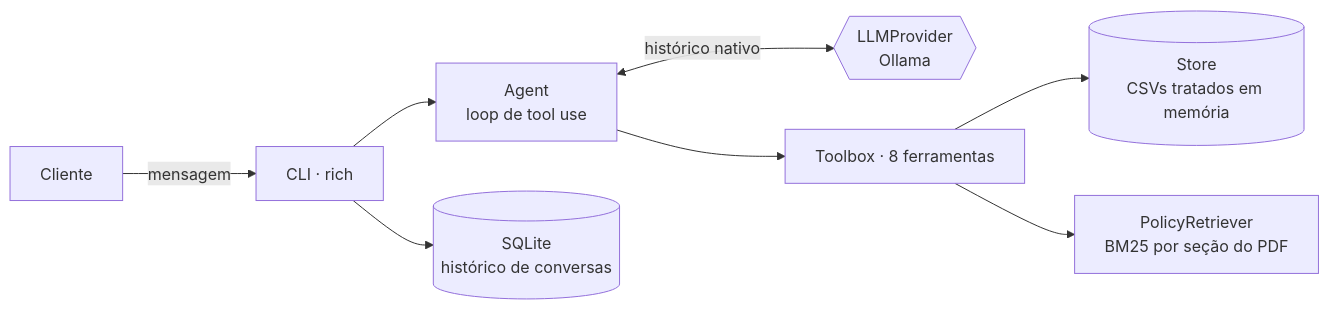
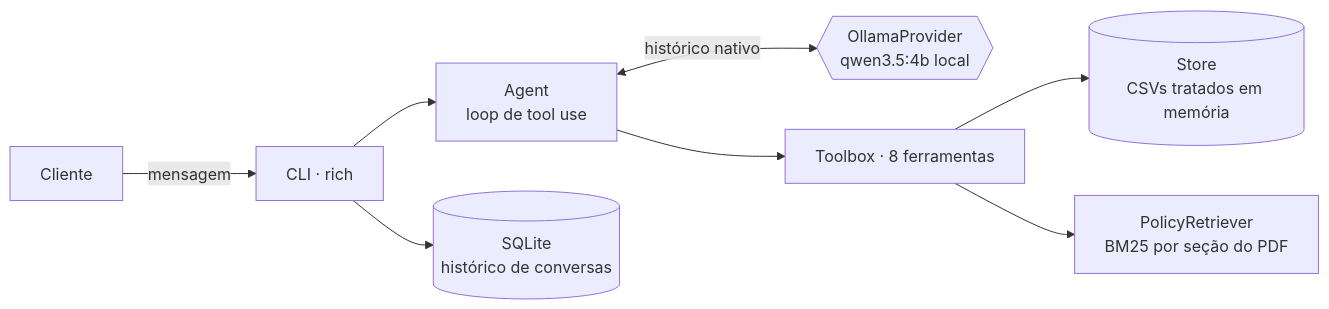
Before and after one commit to roobertoAlves/Case_AI_Engineer_Artefact: the diagram in README.md, drawn with Mermaid. The commit also changed other lines of this file and 7 other files, not shown here.

````diff
--- a/README.md
+++ b/README.md
@@ -107,10 +113,10 @@
 ```mermaid
 flowchart LR
     U[Cliente] -->|mensagem| CLI[CLI · rich]
     CLI --> A[Agent<br/>loop de tool use]
-    A <-->|histórico nativo| P{{LLMProvider<br/>Ollama}}
+    A <-->|histórico nativo| P{{OllamaProvider<br/>qwen3.5:4b local}}
     A --> T[Toolbox · 8 ferramentas]
     T --> S[(Store<br/>CSVs tratados em memória)]
     T --> R[PolicyRetriever<br/>BM25 por seção do PDF]
     CLI --> DB[(SQLite<br/>histórico de conversas)]
 ```
````
